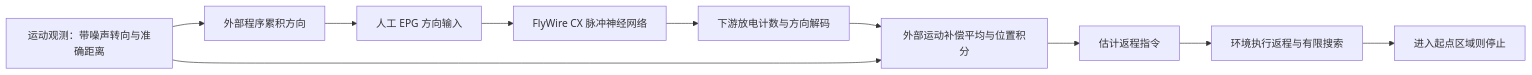
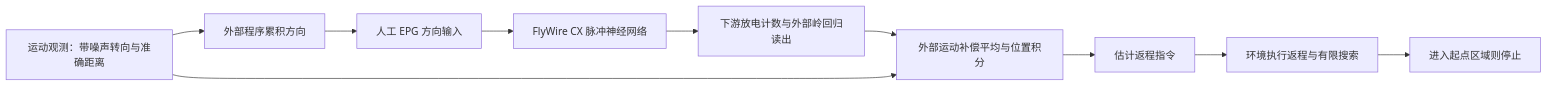
The diagram in docs/project_overview.md (yinyiqing/fly-brain-navigation), drawn with Mermaid before and after one commit. The commit also changed other lines of this file and 7 other files, not shown here.

````diff
--- a/docs/project_overview.md
+++ b/docs/project_overview.md
@@ -7,12 +7,12 @@
 ```mermaid
 flowchart LR
     A[运动观测：带噪声转向与准确距离] --> B[外部程序累积方向]
     B --> C[人工 EPG 方向输入]
     C --> D[FlyWire CX 脉冲神经网络]
-    D --> E[下游放电计数与方向解码]
+    D --> E[下游放电计数与外部岭回归读出]
     E --> F[外部运动补偿平均与位置积分]
     A --> F
     F --> G[估计返程指令]
     G --> H[环境执行返程与有限搜索]
     H --> I[进入起点区域则停止]
 ```
````
